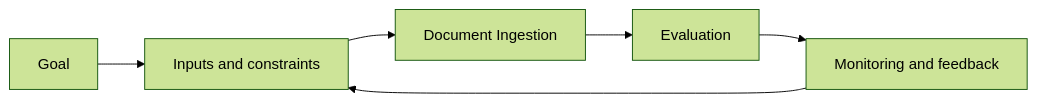
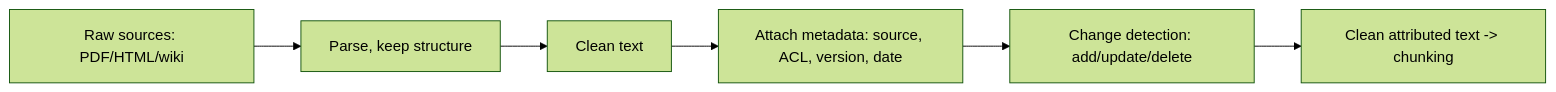
Before and after one commit to Icon1cc/Machine-Learning: the diagram in rag/03-document-ingestion.md, drawn with Mermaid (forest theme). The commit also changed other lines of this file and 118 other files, not shown here.

````diff
--- a/rag/03-document-ingestion.md
+++ b/rag/03-document-ingestion.md
@@ -93,8 +71,8 @@
 ```mermaid
 flowchart LR
-    A[Goal] --> B[Inputs and constraints]
-    B --> C[Document Ingestion]
-    C --> D[Evaluation]
-    D --> E[Monitoring and feedback]
-    E --> B
+    A[Raw sources: PDF/HTML/wiki] --> B[Parse, keep structure]
+    B --> C[Clean text]
+    C --> D[Attach metadata: source, ACL, version, date]
+    D --> E[Change detection: add/update/delete]
+    E --> F[Clean attributed text -> chunking]
 ```
````
